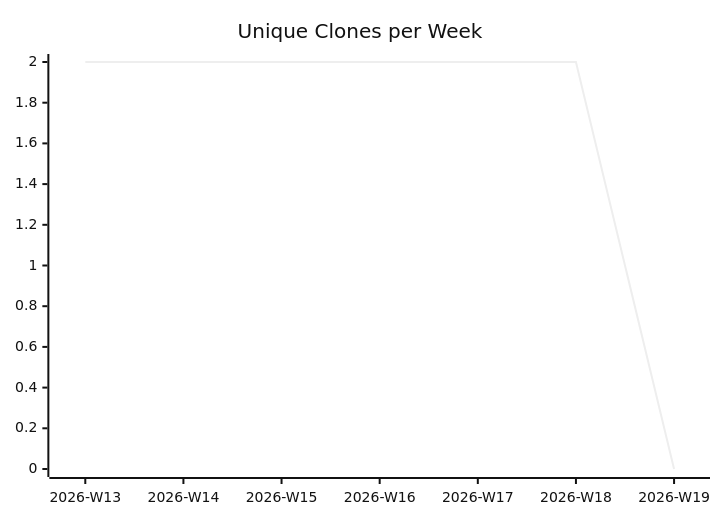
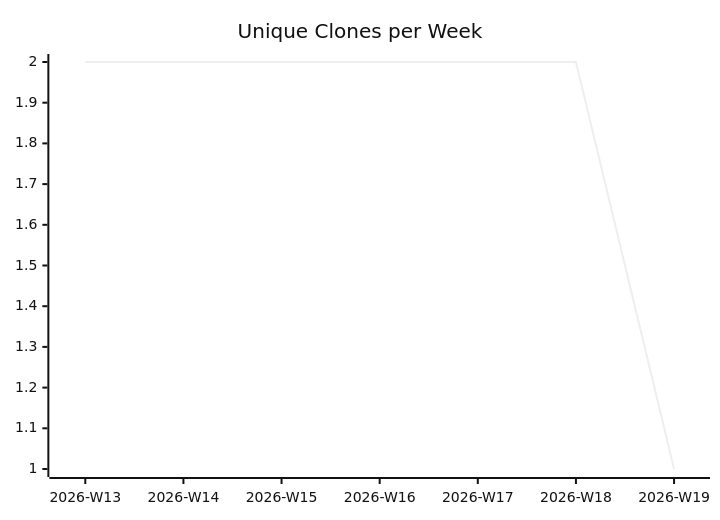
Before and after one commit to justdavis-family/github-analytics-data: the third of 3 diagrams in karlmdavis/rps-tourney/README.md, drawn with Mermaid (neutral theme). The commit also changed other lines of this file and 177 other files, not shown here.

````diff
--- a/karlmdavis/rps-tourney/README.md
+++ b/karlmdavis/rps-tourney/README.md
@@ -19,6 +19,6 @@
 ```mermaid
 xychart-beta
   title "Unique Clones per Week"
   x-axis ["2026-W13", "2026-W14", "2026-W15", "2026-W16", "2026-W17", "2026-W18", "2026-W19"]
-  line [2, 2, 2, 2, 2, 2, 0]
+  line [2, 2, 2, 2, 2, 2, 1]
 ```
````
